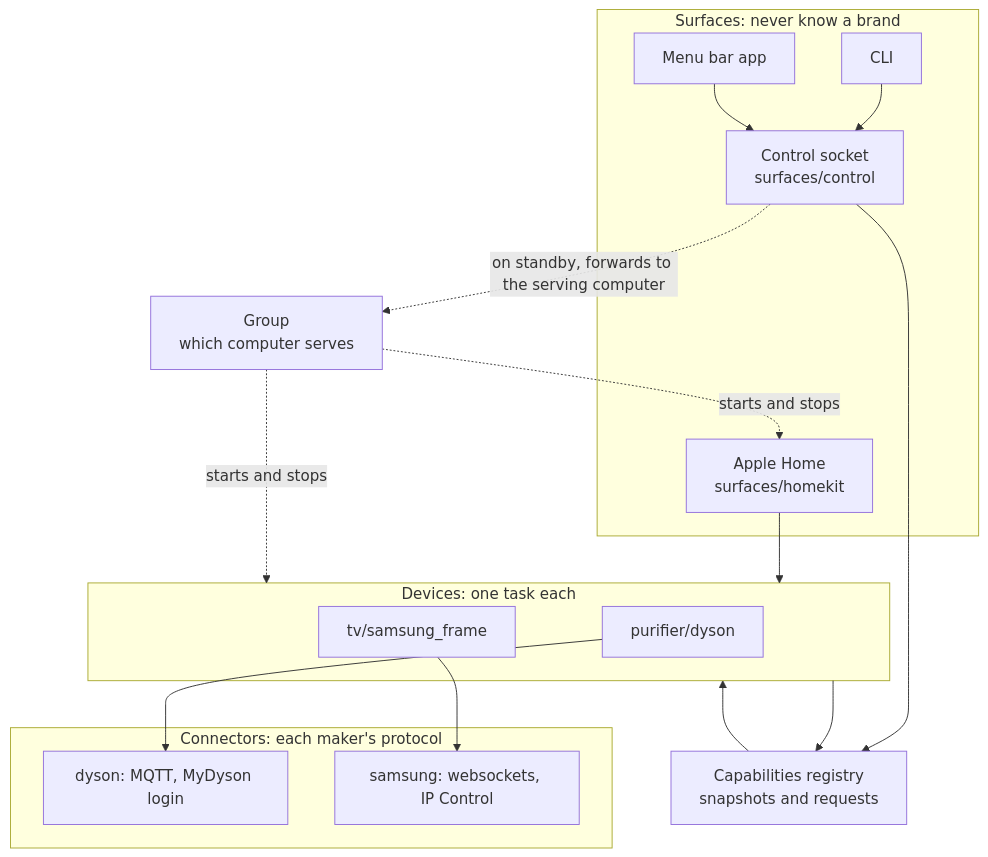
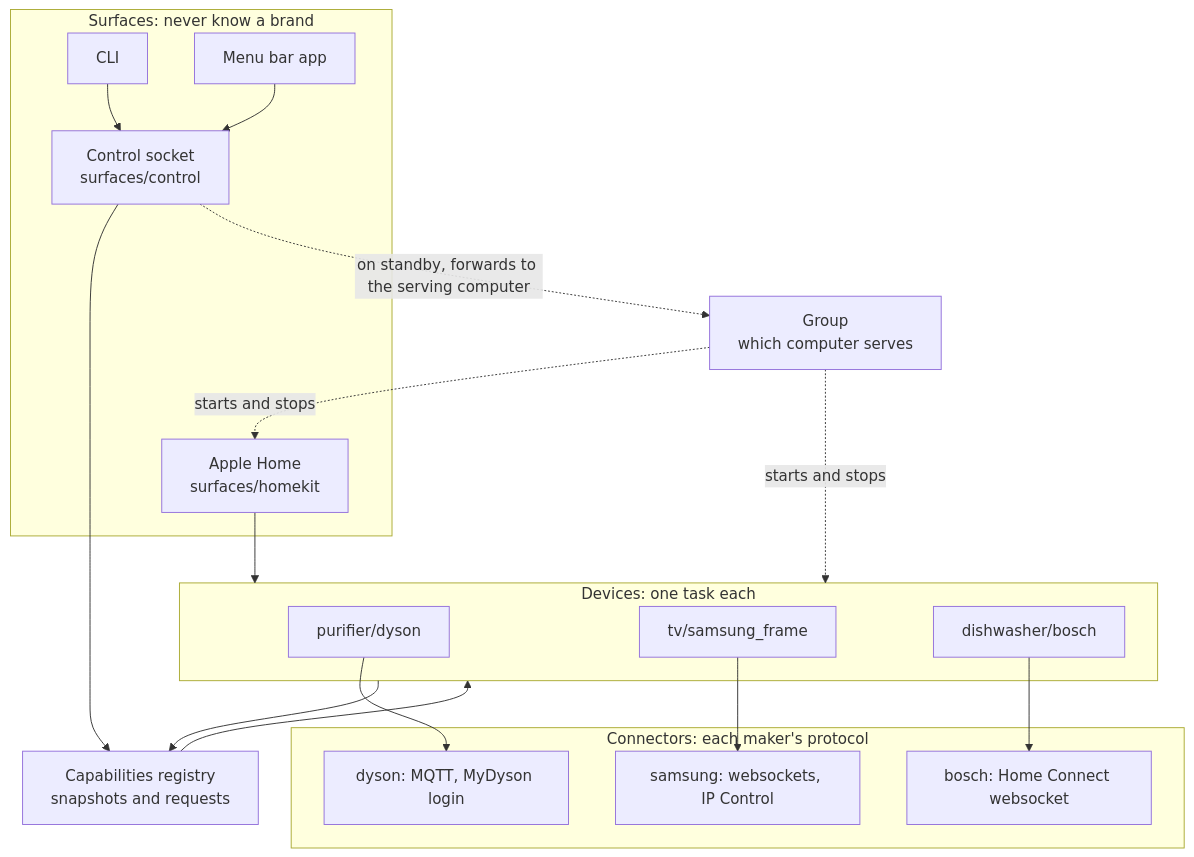
The first of 5 diagrams in README.md (WeixuanZ/hearth), drawn with Mermaid before and after one commit. The commit also changed other lines of this file and 23 other files, not shown here.

First line of the commit message:
Add a Bosch dishwasher, including the slimline SPV2HKX42G

````diff
--- a/README.md
+++ b/README.md
@@ -130,31 +141,34 @@
 ```mermaid
 flowchart TB
   subgraph surfaces [Surfaces: never know a brand]
     homekit[Apple Home<br/>surfaces/homekit]
     socket[Control socket<br/>surfaces/control]
     cli[CLI]
     bar[Menu bar app]
   end
   registry[Capabilities registry<br/>snapshots and requests]
   subgraph devices [Devices: one task each]
     purifier[purifier/dyson]
     tv[tv/samsung_frame]
+    dishwasher[dishwasher/bosch]
   end
   subgraph connectors [Connectors: each maker's protocol]
     dyson[dyson: MQTT, MyDyson login]
     samsung[samsung: websockets, IP Control]
+    bosch[bosch: Home Connect websocket]
   end
   group[Group<br/>which computer serves]
 
   cli --> socket
   bar --> socket
   socket --> registry
   homekit --> devices
   registry --> devices
   devices --> registry
   purifier --> dyson
   tv --> samsung
+  dishwasher --> bosch
   group -. starts and stops .-> homekit
   group -. starts and stops .-> devices
   socket -. on standby, forwards to the serving computer .-> group
 ```
````
